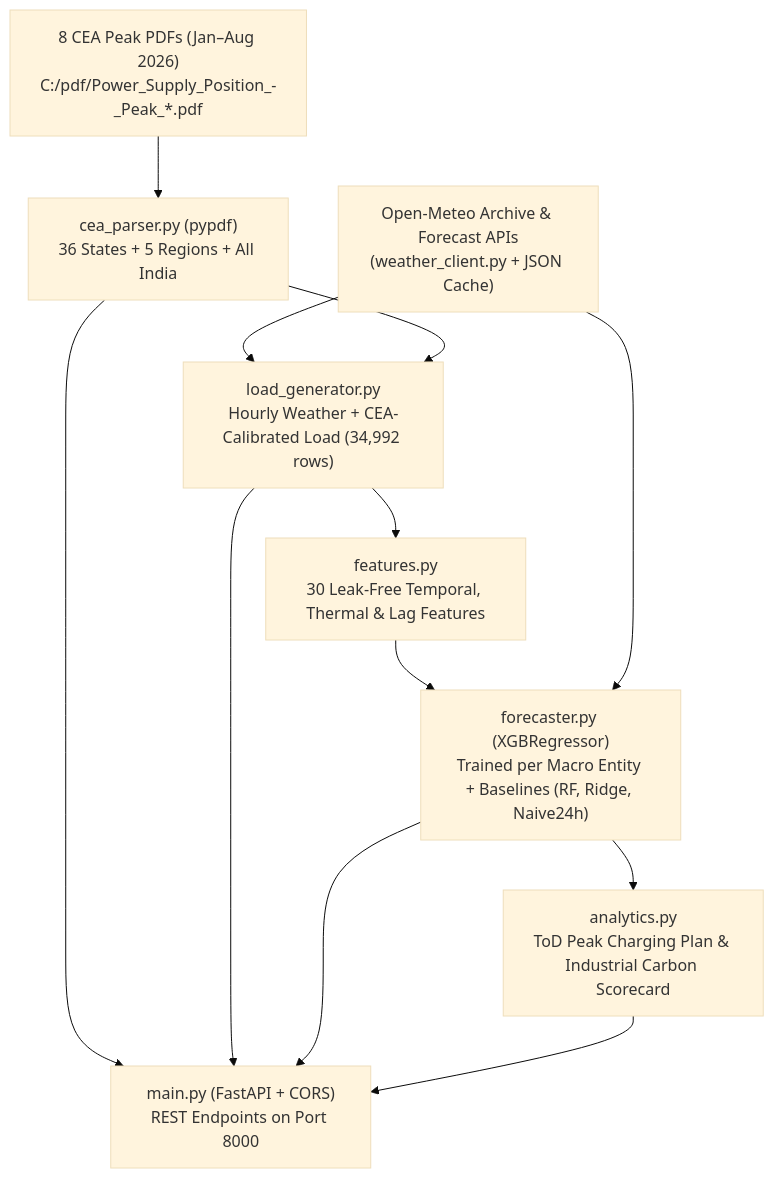
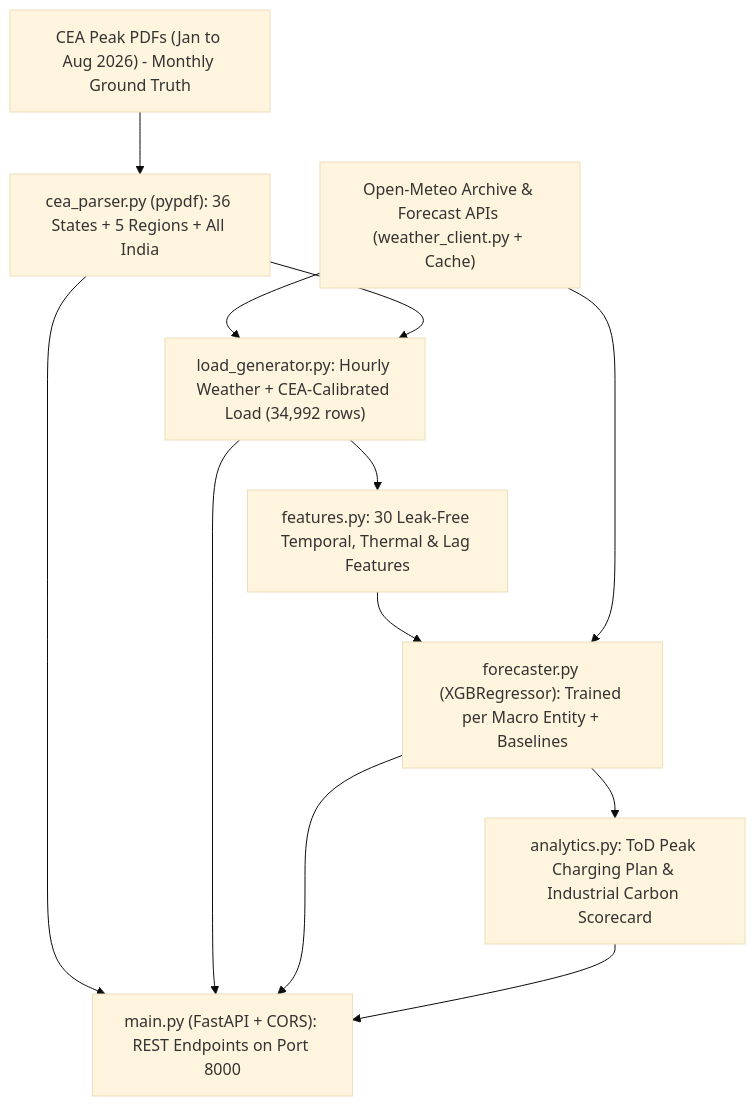
One commit to QUROOOOO/Smart-Grid changed the diagram in backend/SMART_GRID_BACKEND_ARCHITECTURE_AND_API.md. Above: the diagram before and after it, drawn with Mermaid (base theme). The commit also changed other lines of this file, not shown here.

Commit message:
Fix GitHub Markdown math and Mermaid rendering in backend docs

````diff
--- a/backend/SMART_GRID_BACKEND_ARCHITECTURE_AND_API.md
+++ b/backend/SMART_GRID_BACKEND_ARCHITECTURE_AND_API.md
@@ -9,14 +9,14 @@
 ```mermaid
 flowchart TD
-    A["8 CEA Peak PDFs (Jan–Aug 2026)<br/>C:/pdf/Power_Supply_Position_-_Peak_*.pdf"] --> B["cea_parser.py (pypdf)<br/>36 States + 5 Regions + All India"]
-    C["Open-Meteo Archive & Forecast APIs<br/>(weather_client.py + JSON Cache)"] --> D["load_generator.py<br/>Hourly Weather + CEA-Calibrated Load (34,992 rows)"]
+    A["CEA Peak PDFs (Jan to Aug 2026) - Monthly Ground Truth"] --> B["cea_parser.py (pypdf): 36 States + 5 Regions + All India"]
+    C["Open-Meteo Archive & Forecast APIs (weather_client.py + Cache)"] --> D["load_generator.py: Hourly Weather + CEA-Calibrated Load (34,992 rows)"]
     B --> D
-    D --> E["features.py<br/>30 Leak-Free Temporal, Thermal & Lag Features"]
-    E --> F["forecaster.py (XGBRegressor)<br/>Trained per Macro Entity + Baselines (RF, Ridge, Naive24h)"]
+    D --> E["features.py: 30 Leak-Free Temporal, Thermal & Lag Features"]
+    E --> F["forecaster.py (XGBRegressor): Trained per Macro Entity + Baselines"]
     C --> F
-    F --> G["analytics.py<br/>ToD Peak Charging Plan & Industrial Carbon Scorecard"]
-    B --> H["main.py (FastAPI + CORS)<br/>REST Endpoints on Port 8000"]
+    F --> G["analytics.py: ToD Peak Charging Plan & Industrial Carbon Scorecard"]
+    B --> H["main.py (FastAPI + CORS): REST Endpoints on Port 8000"]
     D --> H
     F --> H
     G --> H
 ```
````
